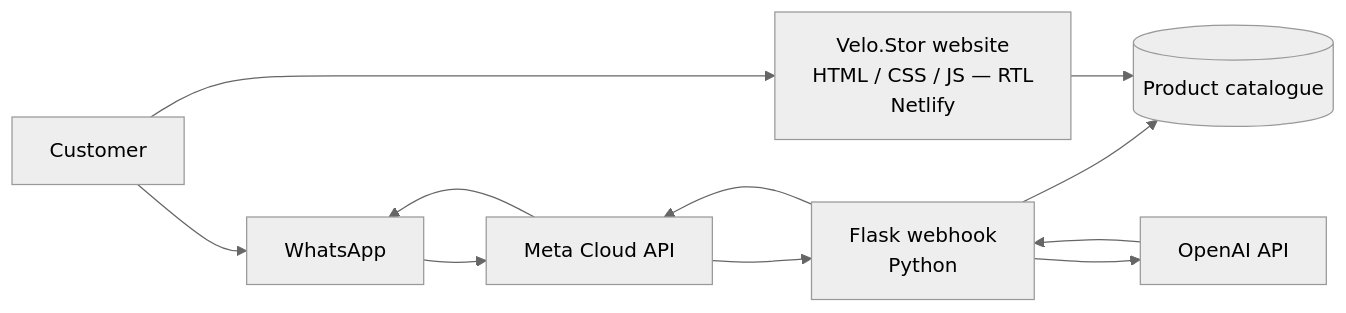
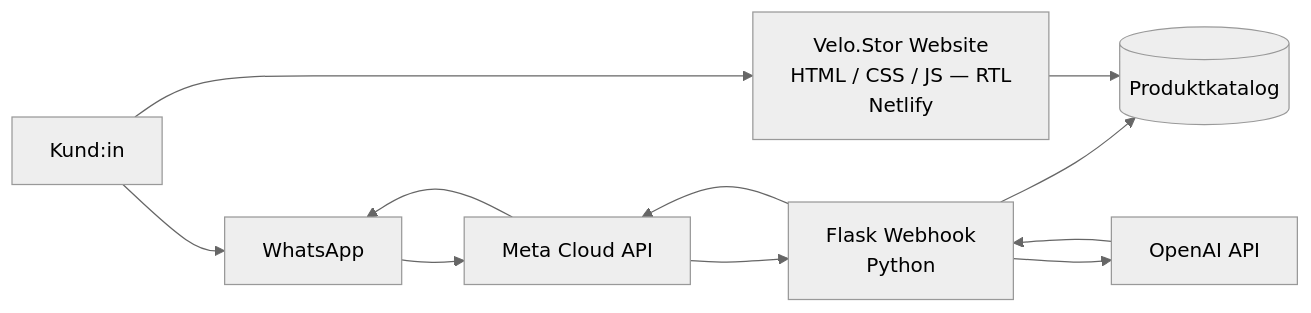
One commit to El-Tousy/velo.Store changed the diagram in README.md. Above: the diagram before and after it, drawn with Mermaid (neutral theme). The commit also changed other lines of this file, not shown here.

````diff
--- a/README.md
+++ b/README.md
@@ -106,13 +106,13 @@
 ```mermaid
 flowchart LR
-    A[Customer] --> B["Velo.Stor website<br/>HTML / CSS / JS — RTL<br/>Netlify"]
+    A[Kund:in] --> B["Velo.Stor Website<br/>HTML / CSS / JS — RTL<br/>Netlify"]
     A --> C[WhatsApp]
     C --> D[Meta Cloud API]
-    D --> E["Flask webhook<br/>Python"]
+    D --> E["Flask Webhook<br/>Python"]
     E --> F[OpenAI API]
-    E --> G[(Product catalogue)]
+    E --> G[(Produktkatalog)]
     B --> G
     F --> E
     E --> D
     D --> C
 ```
````
